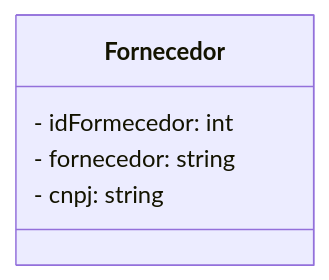
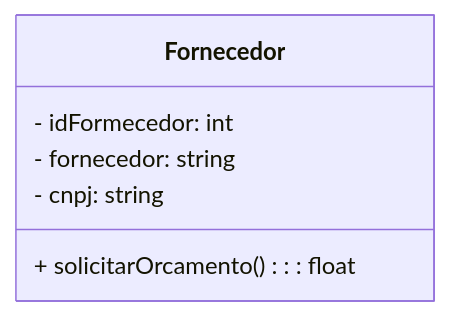
Before and after one commit to MTECHDevelopment/poojavaceub-grupo-3: the diagram in Fornecedor.md, drawn with Mermaid.

````diff
--- a/Fornecedor.md
+++ b/Fornecedor.md
@@ -2,9 +2,10 @@
 ```mermaid
 classDiagram
   class Fornecedor{
     - idFormecedor: int
     - fornecedor: string
     - cnpj: string
+    + solicitarOrcamento() : : float
   }
 
 ```
````
